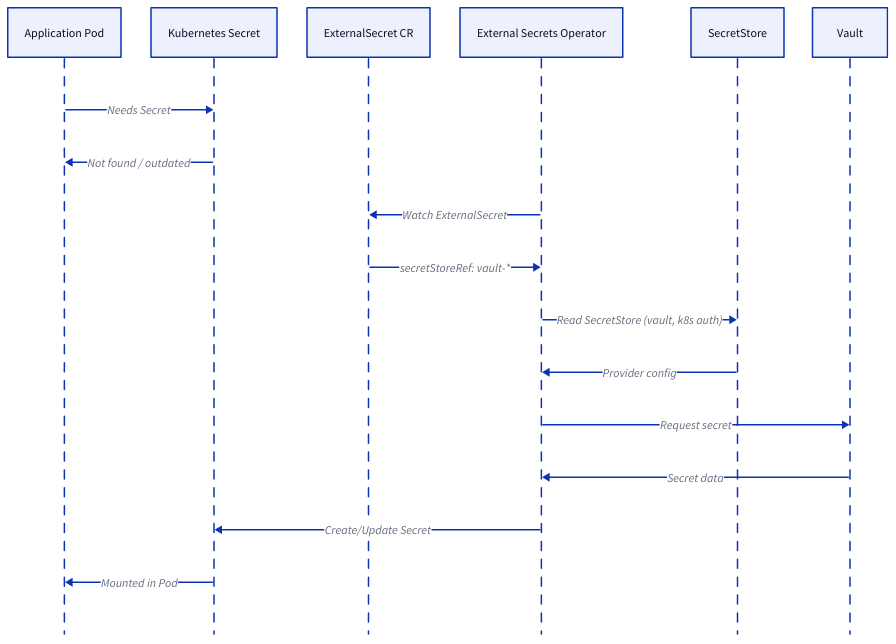
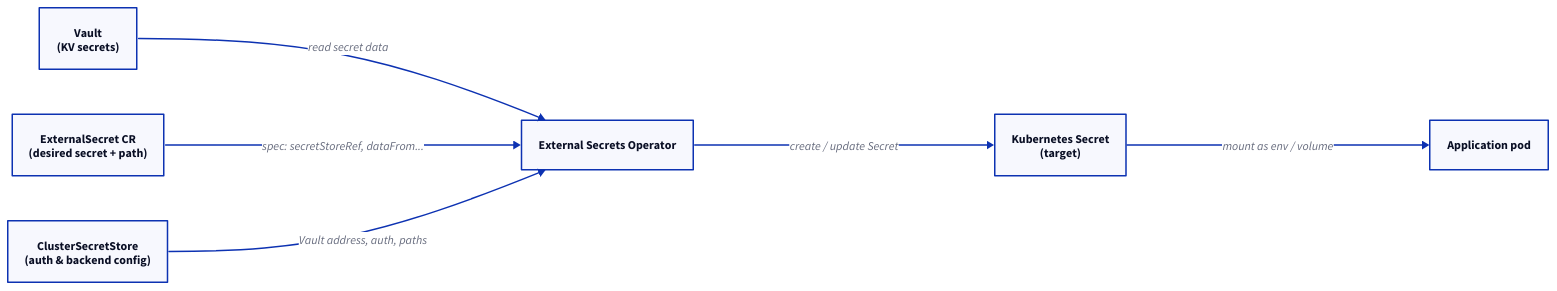
Before and after one commit to rou-cru/idp-blueprint: the second of 5 diagrams in Docs/architecture/visual.md, drawn with D2. The commit also changed other lines of this file and 78 other files, not shown here.

Commit message:
docs: restructure architecture and operations

````diff
--- a/Docs/architecture/visual.md
+++ b/Docs/architecture/visual.md
@@ -205,20 +47,34 @@
 ```d2
-shape: sequence_diagram
-App: Application Pod
-K8S: Kubernetes Secret
-ES: ExternalSecret CR
-ESO: External Secrets Operator
-SS: SecretStore
-Vault
+direction: right
 
-App -> K8S: Needs Secret
-K8S -> App: Not found / outdated
-ESO -> ES: Watch ExternalSecret
-ES -> ESO: secretStoreRef: vault-*
-ESO -> SS: Read SecretStore (vault, k8s auth)
-SS -> ESO: Provider config
-ESO -> Vault: Request secret
-Vault -> ESO: Secret data
-ESO -> K8S: Create/Update Secret
-K8S -> App: Mounted in Pod
+Vault: {
+  label: "Vault\n(KV secrets)"
+}
+
+ESO: {
+  label: "External Secrets Operator"
+}
+
+K8S: {
+  label: "Kubernetes Secret\n(target)"
+}
+
+App: {
+  label: "Application pod"
+}
+
+ES: {
+  label: "ExternalSecret CR\n(desired secret + path)"
+}
+
+SS: {
+  label: "ClusterSecretStore\n(auth & backend config)"
+}
+
+Vault -> ESO: "read secret data"
+ESO -> K8S: "create / update Secret"
+K8S -> App: "mount as env / volume"
+
+ES -> ESO: "spec: secretStoreRef, dataFrom..."
+SS -> ESO: "Vault address, auth, paths"
 ```
````
